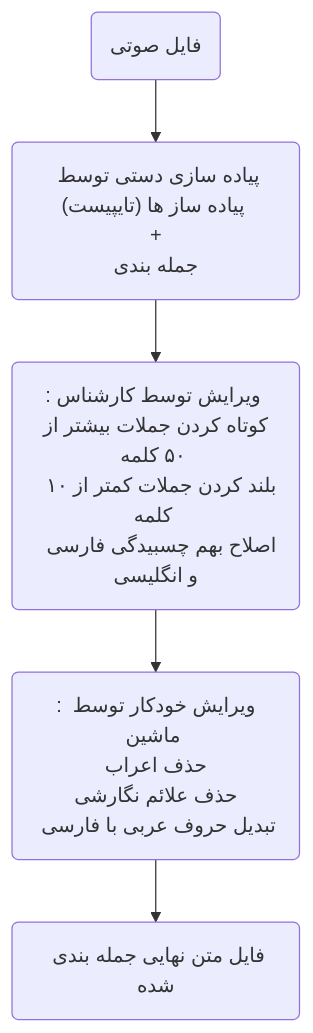
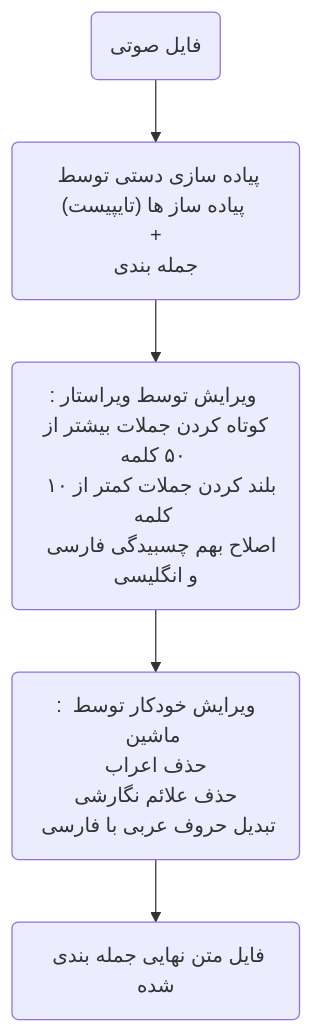
One commit to ishan-open/ai-entrance-exam changed the diagram in data-analysis/README.md. Above: the diagram before and after it, drawn with Mermaid. The commit also changed other lines of this file, not shown here.

````diff
--- a/data-analysis/README.md
+++ b/data-analysis/README.md
@@ -5,7 +5,7 @@
 ```mermaid
 graph TD
 A(فایل صوتی) --> B(" پیاده سازی دستی توسط پیاده ساز ها (تایپیست) <br> + <br>جمله بندی ")
-B --> C(" : ویرایش توسط کارشناس <br> کوتاه کردن جملات بیشتر از ۵۰ کلمه <br> بلند کردن جملات کمتر از ۱۰ کلمه <br> اصلاح بهم چسبیدگی فارسی و انگلیسی ")
+B --> C(" : ویرایش توسط ویراستار <br> کوتاه کردن جملات بیشتر از ۵۰ کلمه <br> بلند کردن جملات کمتر از ۱۰ کلمه <br> اصلاح بهم چسبیدگی فارسی و انگلیسی ")
 C --> D(" : ویرایش خودکار توسط ماشین <br> حذف اعراب <br> حذف علائم نگارشی <br> تبدیل حروف عربی با فارسی ")
 D --> E(" فایل متن نهایی جمله بندی شده")
 ```
````
